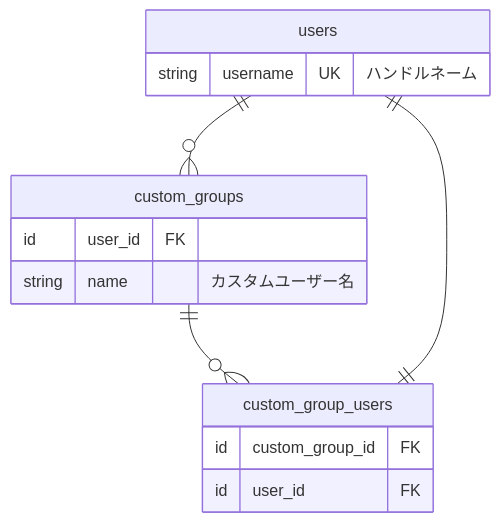
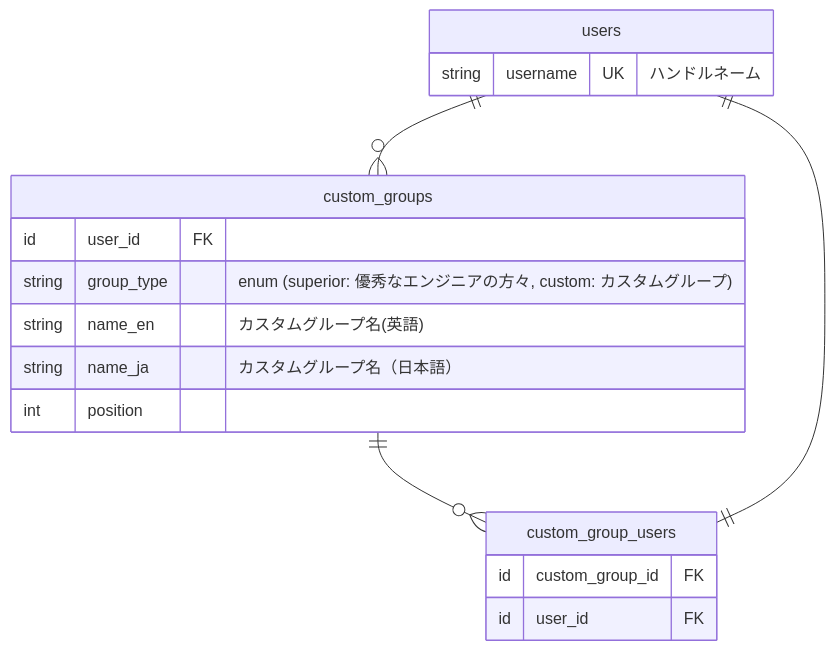
One commit to bright-org/bright changed diagram 11 of 12 in docs/conceptual_schemas/users.md. Above: the diagram before and after it, drawn with Mermaid. The commit also changed other lines of this file, not shown here.

Commit message:
group_type, name_en, name_ja, positionを追加

````diff
--- a/docs/conceptual_schemas/users.md
+++ b/docs/conceptual_schemas/users.md
@@ -154,21 +154,24 @@
 ```mermaid
 erDiagram
   "users"||--o{"custom_groups" : ""
   "custom_groups"||--o{"custom_group_users" : ""
   "custom_group_users"||--||"users" : ""
 
   users {
     string username UK "ハンドルネーム"
   }
 
   custom_groups {
     id user_id FK
-    string name "カスタムユーザー名"
+    string group_type "enum (superior: 優秀なエンジニアの方々, custom: カスタムグループ)"
+    string name_en "カスタムグループ名(英語)"
+    string name_ja "カスタムグループ名（日本語）"
+    int position
   }
 
   custom_group_users {
     id custom_group_id FK
     id user_id FK
   }
 
 ```
````
